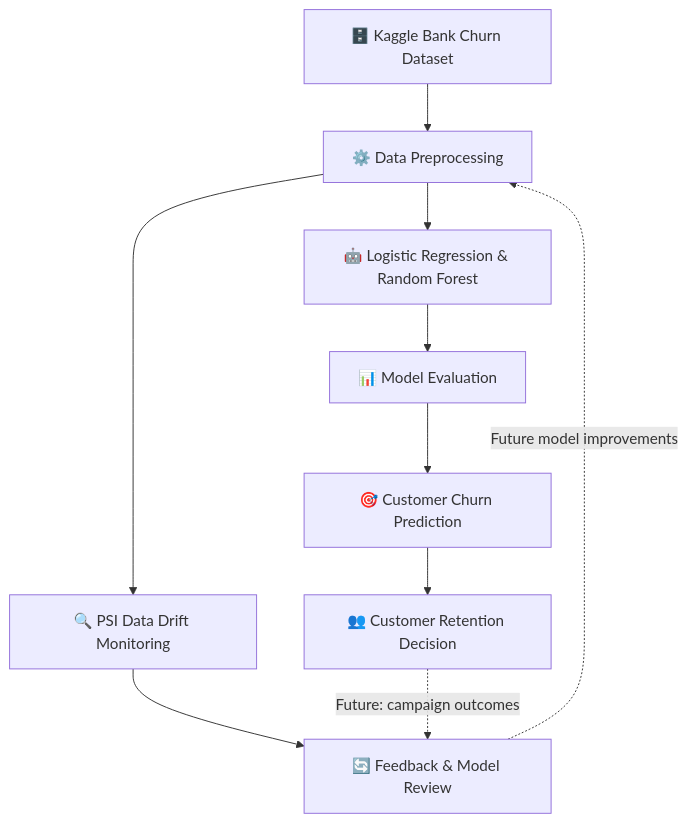
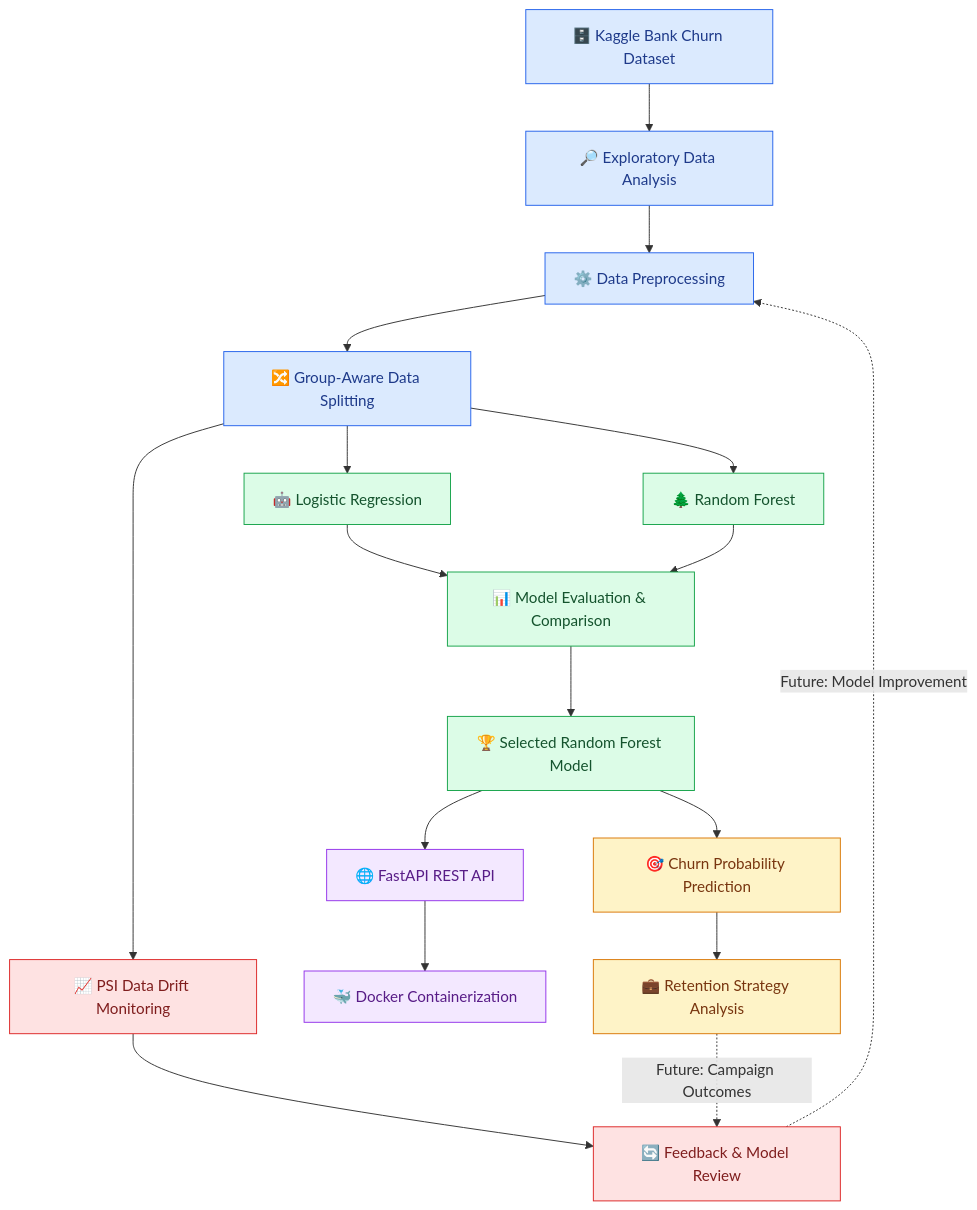
Before and after one commit to nguyenmysan/customer-retention-ml-pipeline: the diagram in README.md, drawn with Mermaid. The commit also changed other lines of this file, not shown here.

````diff
--- a/README.md
+++ b/README.md
@@ -46,21 +48,46 @@
 ```mermaid
 flowchart TD
     A["🗄️ Kaggle Bank Churn Dataset"]
-    B["⚙️ Data Preprocessing"]
-    C["🤖 Logistic Regression & Random Forest"]
-    D["📊 Model Evaluation"]
-    E["🎯 Customer Churn Prediction"]
-    F["👥 Customer Retention Decision"]
-    G["🔍 PSI Data Drift Monitoring"]
-    H["🔄 Feedback & Model Review"]
+    B["🔎 Exploratory Data Analysis"]
+    C["⚙️ Data Preprocessing"]
+    D["🔀 Group-Aware Data Splitting"]
+    E["🤖 Logistic Regression"]
+    F["🌲 Random Forest"]
+    G["📊 Model Evaluation & Comparison"]
+    H["🏆 Selected Random Forest Model"]
+    I["🎯 Churn Probability Prediction"]
+    J["💼 Retention Strategy Analysis"]
+    K["🌐 FastAPI REST API"]
+    L["🐳 Docker Containerization"]
+    M["📈 PSI Data Drift Monitoring"]
+    N["🔄 Feedback & Model Review"]
 
     A --> B
     B --> C
     C --> D
     D --> E
-    E --> F
-    B --> G
+    D --> F
+    E --> G
+    F --> G
     G --> H
-    F -.->|"Future: campaign outcomes"| H
-    H -.->|"Future model improvements"| B
+    H --> I
+    I --> J
+    H --> K
+    K --> L
+    D --> M
+    M --> N
+    J -.->|"Future: Campaign Outcomes"| N
+    N -.->|"Future: Model Improvement"| C
+
+    classDef data fill:#dbeafe,stroke:#2563eb,color:#1e3a8a
+    classDef model fill:#dcfce7,stroke:#16a34a,color:#14532d
+    classDef business fill:#fef3c7,stroke:#d97706,color:#78350f
+    classDef deploy fill:#f3e8ff,stroke:#9333ea,color:#581c87
+    classDef monitor fill:#fee2e2,stroke:#dc2626,color:#7f1d1d
+
+    class A,B,C,D data
+    class E,F,G,H model
+    class I,J business
+    class K,L deploy
+    class M,N monitor
 ```
````
